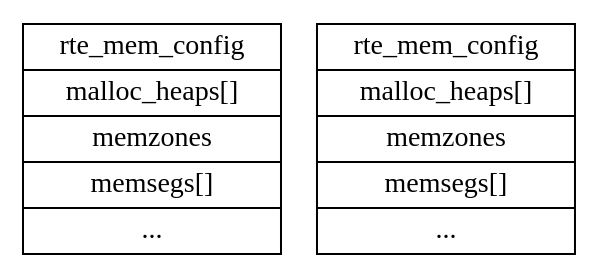
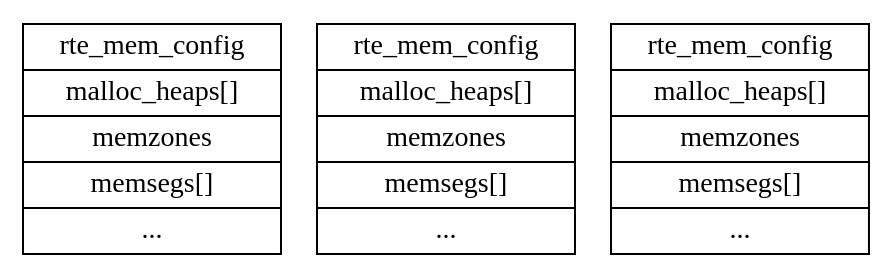
One commit to sisyphus1212/note changed the diagram in dpdk/内存管理.md. Above: the diagram before and after it, drawn with Graphviz.

Commit message:
auto_update

````diff
--- a/dpdk/内存管理.md
+++ b/dpdk/内存管理.md
@@ -16,34 +16,34 @@
 ```graphviz
 digraph {
 	rte_mem_config[
 		label = "{
 		rte_mem_config|
         malloc_heaps[]|
 		memzones|
 		memsegs[]|
 		...
 		}",
 		shape = "record"
 	];
 	rte_fbarray[
 		label = "{
 		rte_mem_config|
         malloc_heaps[]|
 		memzones|
 		memsegs[]|
 		...
 		}",
 		shape = "record"
 	];
-	rte_fbarray[
+	rte_memseg_list[
 		label = "{
 		rte_mem_config|
         malloc_heaps[]|
 		memzones|
 		memsegs[]|
 		...
 		}",
 		shape = "record"
 	];
 }
 ```
````
